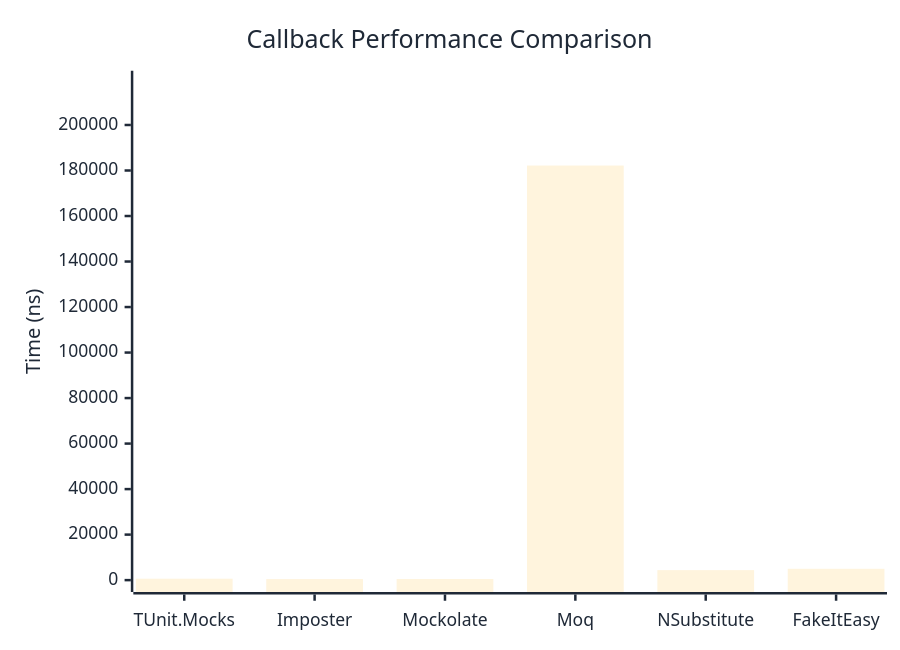
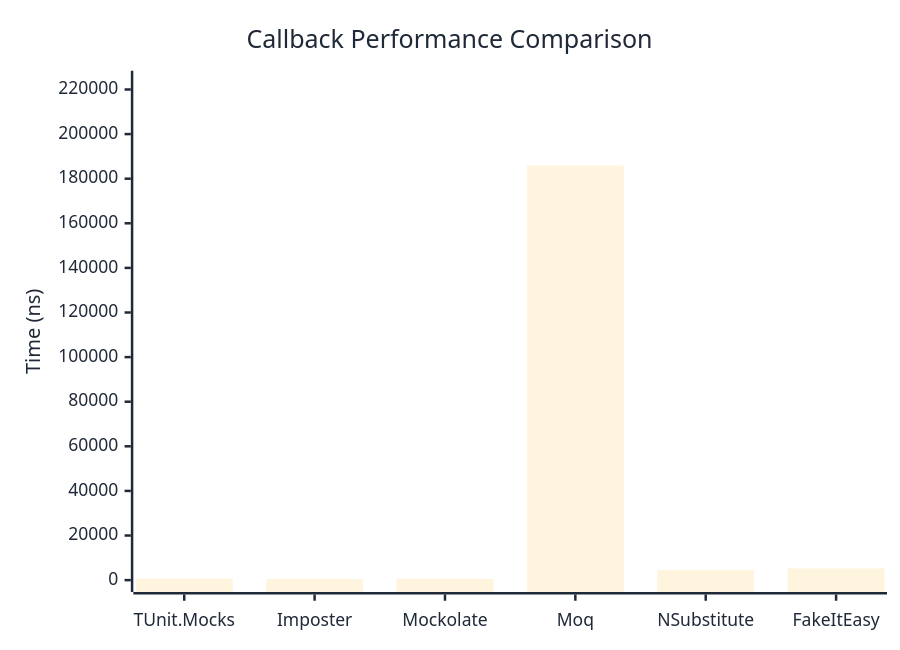
Before and after one commit to thomhurst/TUnit: the first of 2 diagrams in docs/docs/benchmarks/mocks/Callback.md, drawn with Mermaid. The commit also changed other lines of this file and 14 other files, not shown here.

````diff
--- a/docs/docs/benchmarks/mocks/Callback.md
+++ b/docs/docs/benchmarks/mocks/Callback.md
@@ -28,27 +28,27 @@
 ```mermaid
 %%{init: {
   'theme':'base',
   'themeVariables': {
     'primaryColor': '#2563eb',
     'primaryTextColor': '#1f2937',
     'primaryBorderColor': '#1e40af',
     'lineColor': '#6b7280',
     'secondaryColor': '#7c3aed',
     'tertiaryColor': '#dc2626',
     'background': '#ffffff',
     'pie1': '#2563eb',
     'pie2': '#7c3aed',
     'pie3': '#dc2626',
     'pie4': '#f59e0b',
     'pie5': '#10b981',
     'pie6': '#06b6d4',
     'pie7': '#ec4899',
     'pie8': '#6366f1'
   }
 }}%%
 xychart-beta
   title "Callback Performance Comparison"
   x-axis ["TUnit.Mocks", "Imposter", "Mockolate", "Moq", "NSubstitute", "FakeItEasy"]
-  y-axis "Time (ns)" 0 --> 218616
-  bar [620.3, 458.8, 498.5, 182179.2, 4389.4, 4984.7]
+  y-axis "Time (ns)" 0 --> 223075
+  bar [655.8, 489.3, 542.6, 185895.2, 4557.5, 5235.3]
 ```
````
